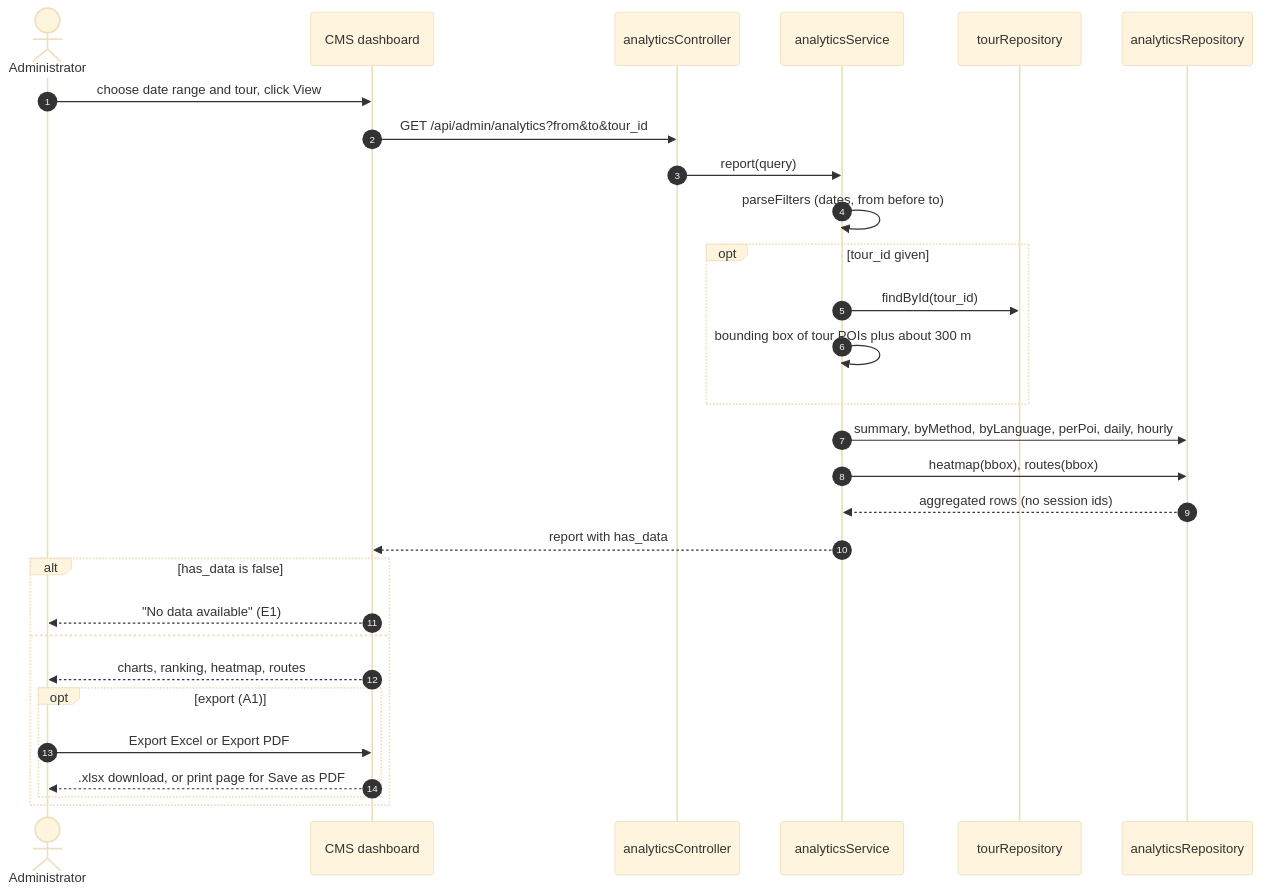
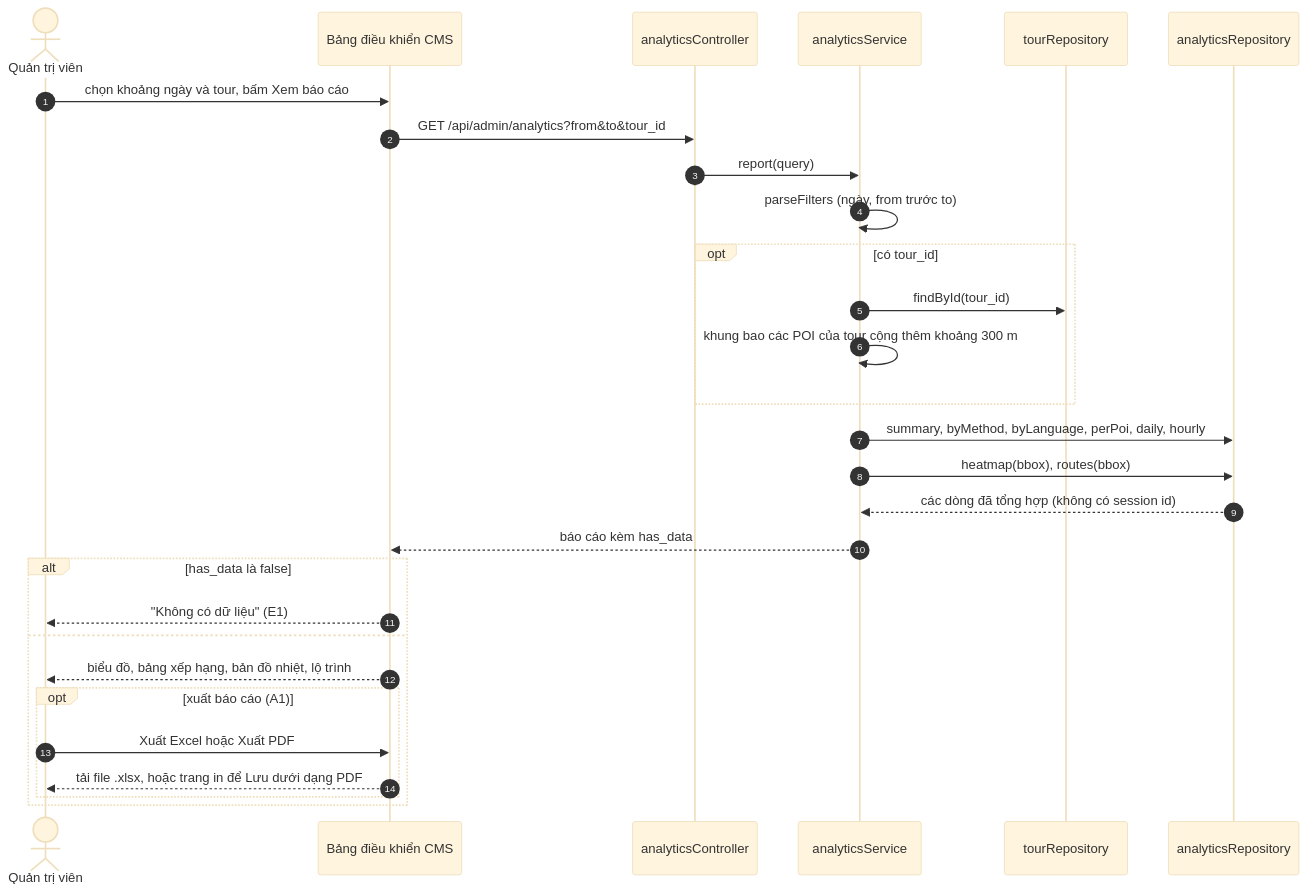
Before and after one commit to AiraLeFatale/CongNghePhanMem_Project: diagram 15 of 19 in docs/02-design.md, drawn with Mermaid (base theme). The commit also changed other lines of this file and 11 other files, not shown here.

````diff
--- a/docs/02-design.md
+++ b/docs/02-design.md
@@ -628,32 +628,32 @@
 ```mermaid
 sequenceDiagram
     autonumber
-    actor A as Administrator
-    participant CMS as CMS dashboard
+    actor A as Quản trị viên
+    participant CMS as Bảng điều khiển CMS
     participant C as analyticsController
     participant S as analyticsService
     participant TR as tourRepository
     participant AR as analyticsRepository
 
-    A->>CMS: choose date range and tour, click View
+    A->>CMS: chọn khoảng ngày và tour, bấm Xem báo cáo
     CMS->>C: GET /api/admin/analytics?from&to&tour_id
     C->>S: report(query)
-    S->>S: parseFilters (dates, from before to)
-    opt tour_id given
+    S->>S: parseFilters (ngày, from trước to)
+    opt có tour_id
         S->>TR: findById(tour_id)
-        S->>S: bounding box of tour POIs plus about 300 m
+        S->>S: khung bao các POI của tour cộng thêm khoảng 300 m
     end
     S->>AR: summary, byMethod, byLanguage, perPoi, daily, hourly
     S->>AR: heatmap(bbox), routes(bbox)
-    AR-->>S: aggregated rows (no session ids)
-    S-->>CMS: report with has_data
-    alt has_data is false
-        CMS-->>A: "No data available" (E1)
+    AR-->>S: các dòng đã tổng hợp (không có session id)
+    S-->>CMS: báo cáo kèm has_data
+    alt has_data là false
+        CMS-->>A: "Không có dữ liệu" (E1)
     else
-        CMS-->>A: charts, ranking, heatmap, routes
-        opt export (A1)
-            A->>CMS: Export Excel or Export PDF
-            CMS-->>A: .xlsx download, or print page for Save as PDF
+        CMS-->>A: biểu đồ, bảng xếp hạng, bản đồ nhiệt, lộ trình
+        opt xuất báo cáo (A1)
+            A->>CMS: Xuất Excel hoặc Xuất PDF
+            CMS-->>A: tải file .xlsx, hoặc trang in để Lưu dưới dạng PDF
         end
     end
 ```
````
